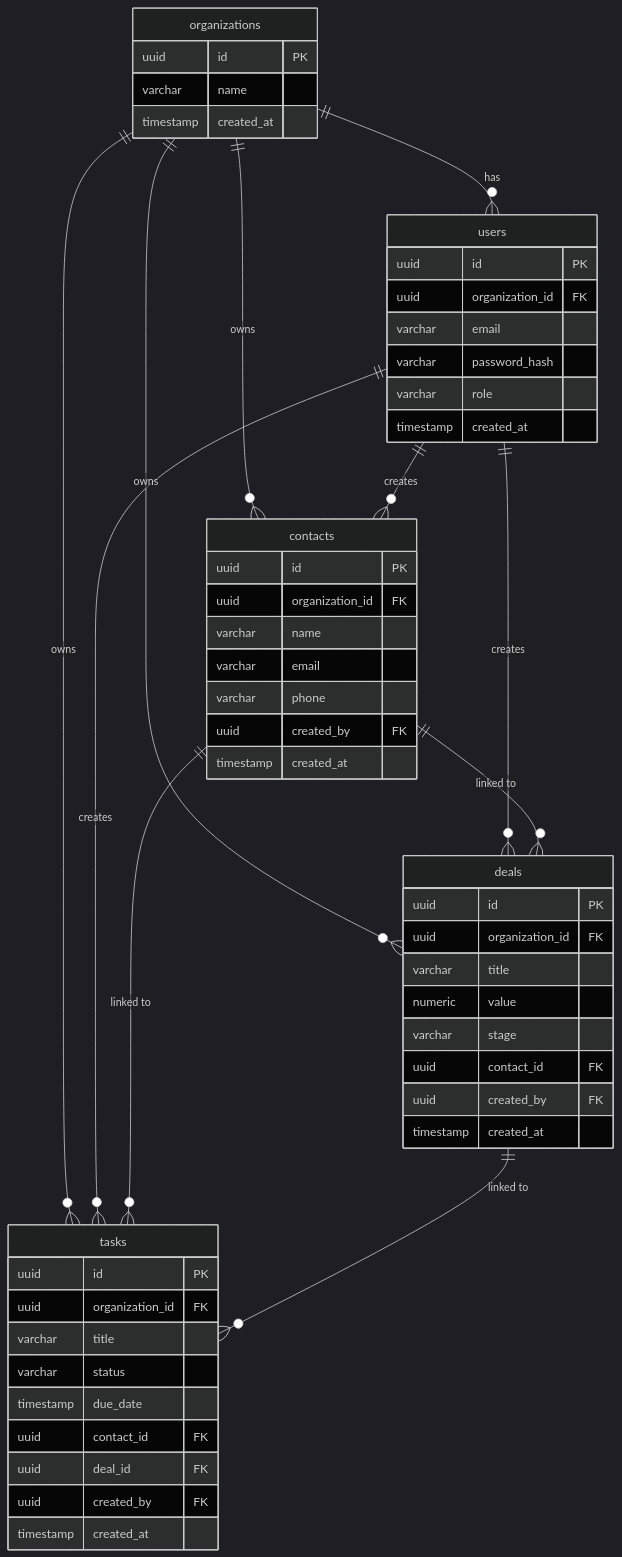
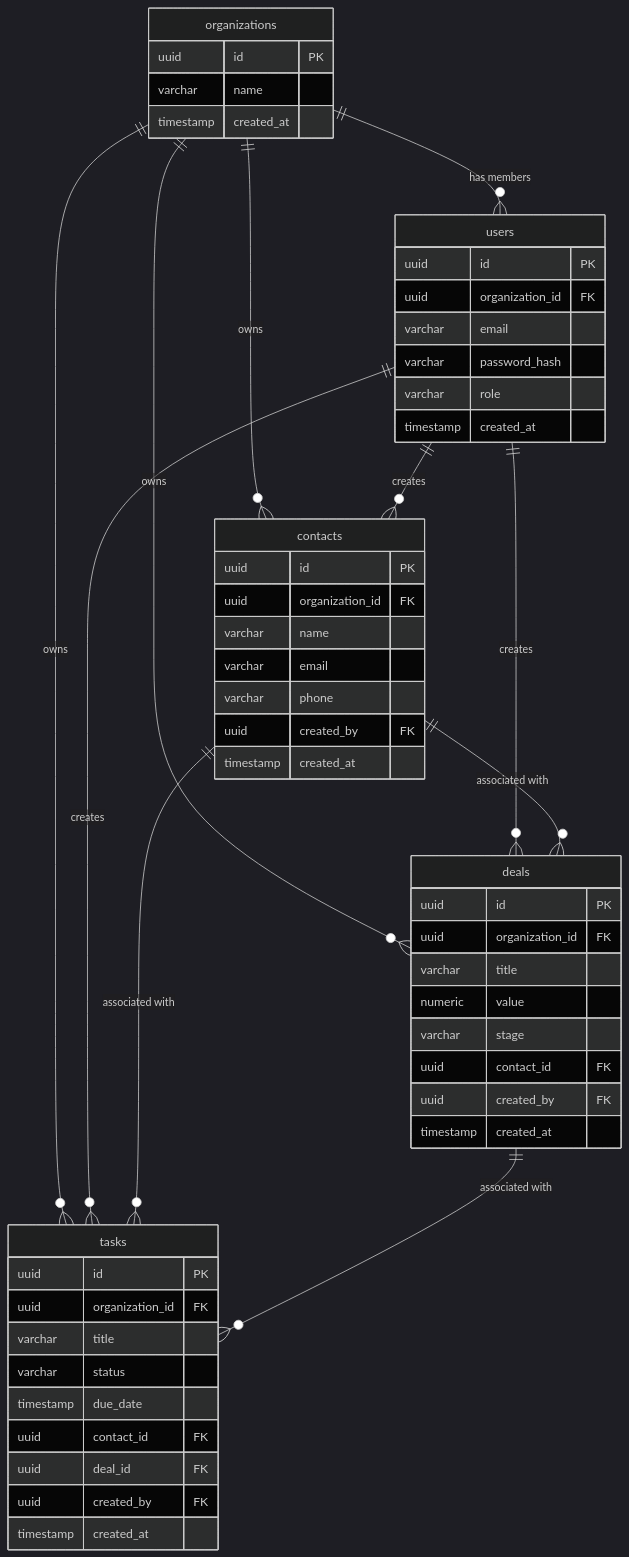
The fifth of 5 diagrams in README.md (SabbellaLaharika/SaaS-CRM-API), drawn with Mermaid (dark theme) before and after one commit. The commit also changed other lines of this file and 1 other file, not shown here.

Commit message:
docs: update readme with mermaid diagrams and fix composite indexes

````diff
--- a/README.md
+++ b/README.md
@@ -58,57 +173,63 @@
 ```mermaid
 erDiagram
-    organizations ||--o{ users : "has"
+    organizations ||--o{ users : "has members"
     organizations ||--o{ contacts : "owns"
     organizations ||--o{ deals : "owns"
     organizations ||--o{ tasks : "owns"
+    
     users ||--o{ contacts : "creates"
     users ||--o{ deals : "creates"
     users ||--o{ tasks : "creates"
-    contacts ||--o{ deals : "linked to"
-    contacts ||--o{ tasks : "linked to"
-    deals ||--o{ tasks : "linked to"
+
+    contacts ||--o{ deals : "associated with"
+    contacts ||--o{ tasks : "associated with"
+    deals ||--o{ tasks : "associated with"
 
     organizations {
         uuid id PK
         varchar name
         timestamp created_at
     }
+
     users {
         uuid id PK
         uuid organization_id FK
         varchar email
         varchar password_hash
         varchar role
         timestamp created_at
     }
+
     contacts {
         uuid id PK
         uuid organization_id FK
         varchar name
         varchar email
         varchar phone
         uuid created_by FK
         timestamp created_at
     }
+
     deals {
         uuid id PK
         uuid organization_id FK
         varchar title
         numeric value
         varchar stage
         uuid contact_id FK
         uuid created_by FK
         timestamp created_at
     }
+
     tasks {
         uuid id PK
         uuid organization_id FK
         varchar title
         varchar status
         timestamp due_date
         uuid contact_id FK
         uuid deal_id FK
         uuid created_by FK
         timestamp created_at
     }
 ```
````
